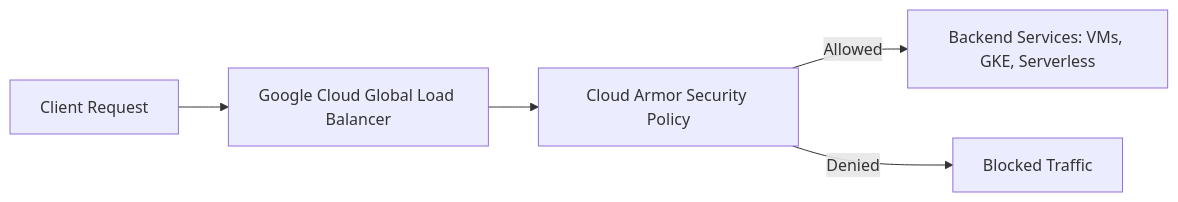
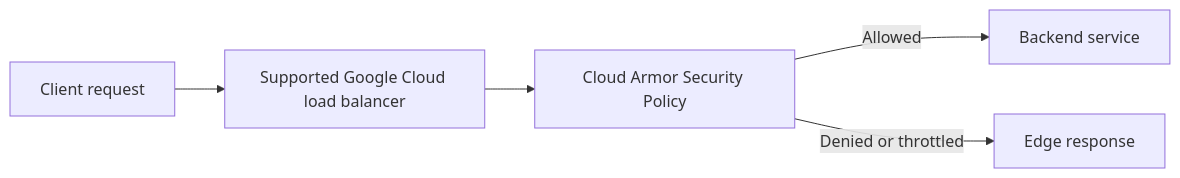
Before and after one commit to dikshant-devops/dikshant-blog-boost: the diagram in public/blog-posts/Cloud_Armor.md, drawn with Mermaid. The commit also changed other lines of this file and 86 other files, not shown here.

````diff
--- a/public/blog-posts/Cloud_Armor.md
+++ b/public/blog-posts/Cloud_Armor.md
@@ -65,7 +35,7 @@
 ```mermaid
 flowchart LR
-    A[Client Request] --> B[Google Cloud Global Load Balancer]
+    A[Client request] --> B[Supported Google Cloud load balancer]
     B --> C[Cloud Armor Security Policy]
-    C -->|Allowed| D[Backend Services: VMs, GKE, Serverless]
-    C -->|Denied| E[Blocked Traffic]
+    C -->|Allowed| D[Backend service]
+    C -->|Denied or throttled| E[Edge response]
 ```
````
